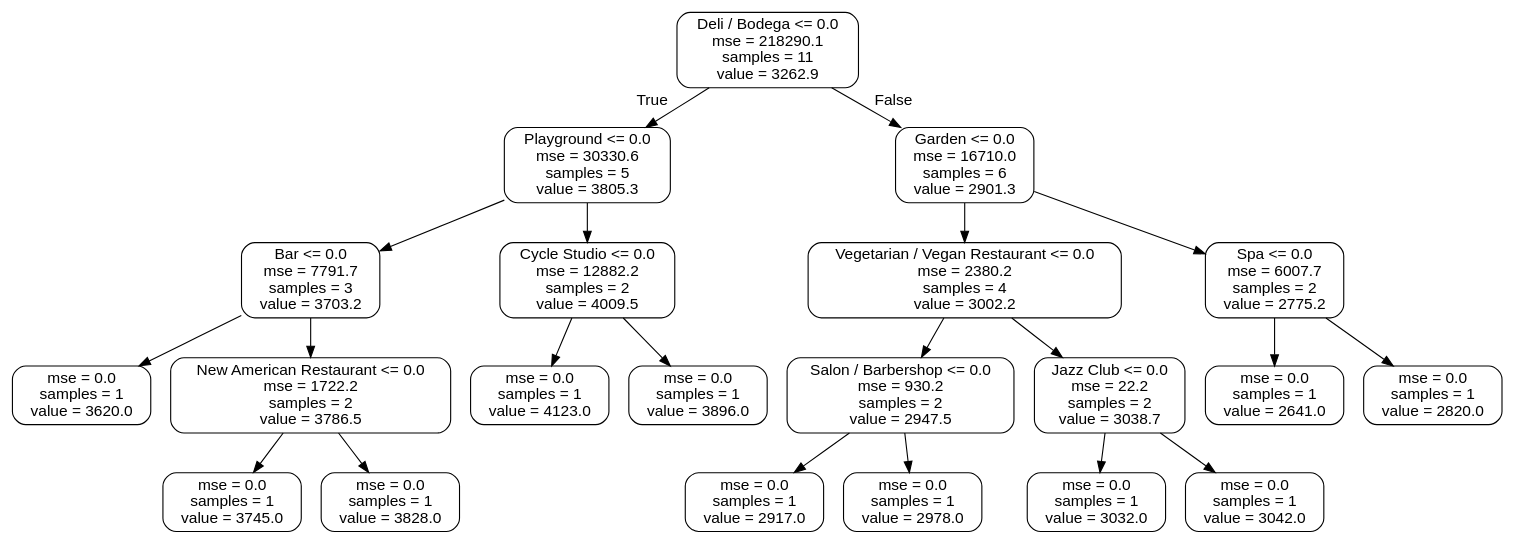
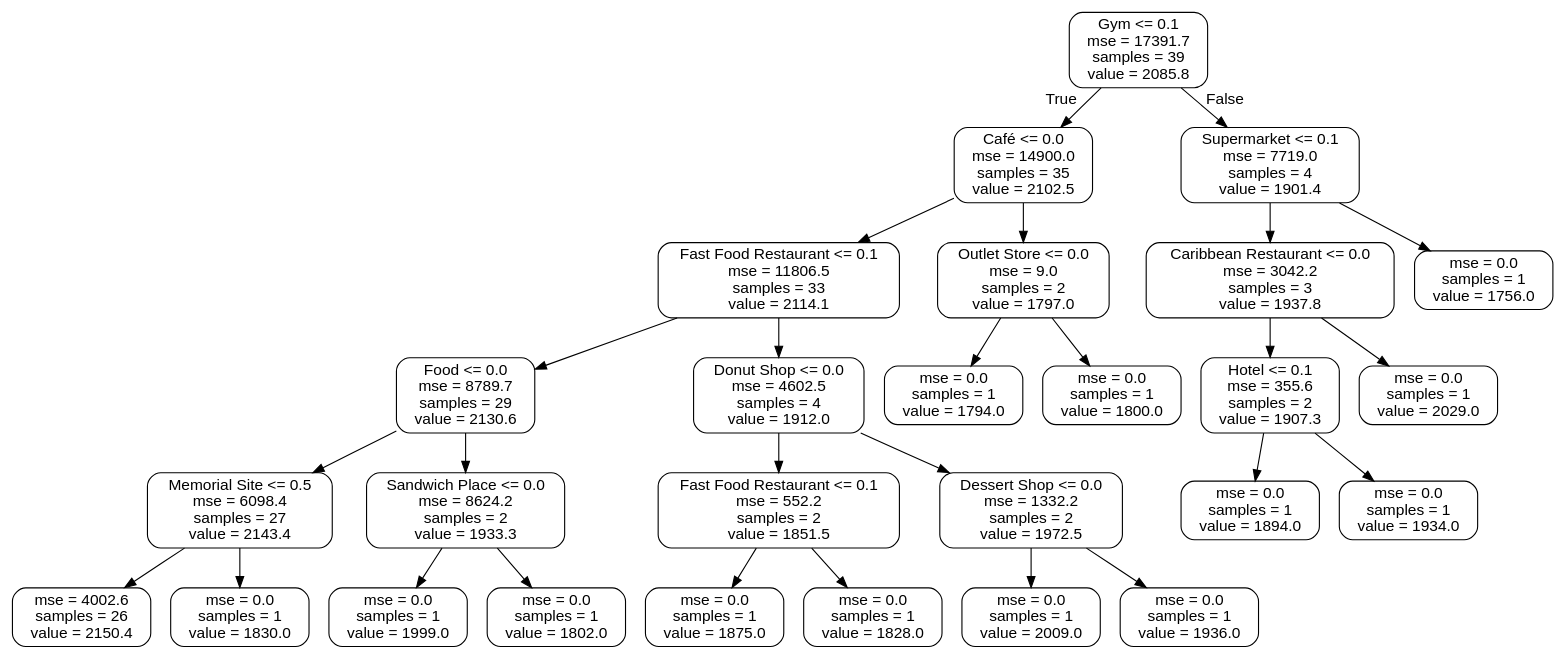
The diagram in high_rent_tree.dot (allaccountstaken/predicting_urban_home_values), drawn with Graphviz before and after one commit. The commit also changed 7 other files, not shown here.

```diff
--- a/high_rent_tree.dot
+++ b/high_rent_tree.dot
@@ -1,45 +1,57 @@
 digraph Tree {
 node [shape=box, style="rounded", color="black", fontname=helvetica] ;
 edge [fontname=helvetica] ;
-0 [label="Deli / Bodega <= 0.0\nmse = 218290.1\nsamples = 11\nvalue = 3262.9"] ;
-1 [label="Playground <= 0.0\nmse = 30330.6\nsamples = 5\nvalue = 3805.3"] ;
+0 [label="Gym <= 0.1\nmse = 17391.7\nsamples = 39\nvalue = 2085.8"] ;
+1 [label="Café <= 0.0\nmse = 14900.0\nsamples = 35\nvalue = 2102.5"] ;
 0 -> 1 [labeldistance=2.5, labelangle=45, headlabel="True"] ;
-2 [label="Bar <= 0.0\nmse = 7791.7\nsamples = 3\nvalue = 3703.2"] ;
+2 [label="Fast Food Restaurant <= 0.1\nmse = 11806.5\nsamples = 33\nvalue = 2114.1"] ;
 1 -> 2 ;
-3 [label="mse = 0.0\nsamples = 1\nvalue = 3620.0"] ;
+3 [label="Food <= 0.0\nmse = 8789.7\nsamples = 29\nvalue = 2130.6"] ;
 2 -> 3 ;
-4 [label="New American Restaurant <= 0.0\nmse = 1722.2\nsamples = 2\nvalue = 3786.5"] ;
-2 -> 4 ;
-5 [label="mse = 0.0\nsamples = 1\nvalue = 3745.0"] ;
+4 [label="Memorial Site <= 0.5\nmse = 6098.4\nsamples = 27\nvalue = 2143.4"] ;
+3 -> 4 ;
+5 [label="mse = 4002.6\nsamples = 26\nvalue = 2150.4"] ;
 4 -> 5 ;
-6 [label="mse = 0.0\nsamples = 1\nvalue = 3828.0"] ;
+6 [label="mse = 0.0\nsamples = 1\nvalue = 1830.0"] ;
 4 -> 6 ;
-7 [label="Cycle Studio <= 0.0\nmse = 12882.2\nsamples = 2\nvalue = 4009.5"] ;
-1 -> 7 ;
-8 [label="mse = 0.0\nsamples = 1\nvalue = 4123.0"] ;
+7 [label="Sandwich Place <= 0.0\nmse = 8624.2\nsamples = 2\nvalue = 1933.3"] ;
+3 -> 7 ;
+8 [label="mse = 0.0\nsamples = 1\nvalue = 1999.0"] ;
 7 -> 8 ;
-9 [label="mse = 0.0\nsamples = 1\nvalue = 3896.0"] ;
+9 [label="mse = 0.0\nsamples = 1\nvalue = 1802.0"] ;
 7 -> 9 ;
-10 [label="Garden <= 0.0\nmse = 16710.0\nsamples = 6\nvalue = 2901.3"] ;
-0 -> 10 [labeldistance=2.5, labelangle=-45, headlabel="False"] ;
-11 [label="Vegetarian / Vegan Restaurant <= 0.0\nmse = 2380.2\nsamples = 4\nvalue = 3002.2"] ;
+10 [label="Donut Shop <= 0.0\nmse = 4602.5\nsamples = 4\nvalue = 1912.0"] ;
+2 -> 10 ;
+11 [label="Fast Food Restaurant <= 0.1\nmse = 552.2\nsamples = 2\nvalue = 1851.5"] ;
 10 -> 11 ;
-12 [label="Salon / Barbershop <= 0.0\nmse = 930.2\nsamples = 2\nvalue = 2947.5"] ;
+12 [label="mse = 0.0\nsamples = 1\nvalue = 1875.0"] ;
 11 -> 12 ;
-13 [label="mse = 0.0\nsamples = 1\nvalue = 2917.0"] ;
-12 -> 13 ;
-14 [label="mse = 0.0\nsamples = 1\nvalue = 2978.0"] ;
-12 -> 14 ;
-15 [label="Jazz Club <= 0.0\nmse = 22.2\nsamples = 2\nvalue = 3038.7"] ;
-11 -> 15 ;
-16 [label="mse = 0.0\nsamples = 1\nvalue = 3032.0"] ;
-15 -> 16 ;
-17 [label="mse = 0.0\nsamples = 1\nvalue = 3042.0"] ;
-15 -> 17 ;
-18 [label="Spa <= 0.0\nmse = 6007.7\nsamples = 2\nvalue = 2775.2"] ;
-10 -> 18 ;
-19 [label="mse = 0.0\nsamples = 1\nvalue = 2641.0"] ;
-18 -> 19 ;
-20 [label="mse = 0.0\nsamples = 1\nvalue = 2820.0"] ;
-18 -> 20 ;
+13 [label="mse = 0.0\nsamples = 1\nvalue = 1828.0"] ;
+11 -> 13 ;
+14 [label="Dessert Shop <= 0.0\nmse = 1332.2\nsamples = 2\nvalue = 1972.5"] ;
+10 -> 14 ;
+15 [label="mse = 0.0\nsamples = 1\nvalue = 2009.0"] ;
+14 -> 15 ;
+16 [label="mse = 0.0\nsamples = 1\nvalue = 1936.0"] ;
+14 -> 16 ;
+17 [label="Outlet Store <= 0.0\nmse = 9.0\nsamples = 2\nvalue = 1797.0"] ;
+1 -> 17 ;
+18 [label="mse = 0.0\nsamples = 1\nvalue = 1794.0"] ;
+17 -> 18 ;
+19 [label="mse = 0.0\nsamples = 1\nvalue = 1800.0"] ;
+17 -> 19 ;
+20 [label="Supermarket <= 0.1\nmse = 7719.0\nsamples = 4\nvalue = 1901.4"] ;
+0 -> 20 [labeldistance=2.5, labelangle=-45, headlabel="False"] ;
+21 [label="Caribbean Restaurant <= 0.0\nmse = 3042.2\nsamples = 3\nvalue = 1937.8"] ;
+20 -> 21 ;
+22 [label="Hotel <= 0.1\nmse = 355.6\nsamples = 2\nvalue = 1907.3"] ;
+21 -> 22 ;
+23 [label="mse = 0.0\nsamples = 1\nvalue = 1894.0"] ;
+22 -> 23 ;
+24 [label="mse = 0.0\nsamples = 1\nvalue = 1934.0"] ;
+22 -> 24 ;
+25 [label="mse = 0.0\nsamples = 1\nvalue = 2029.0"] ;
+21 -> 25 ;
+26 [label="mse = 0.0\nsamples = 1\nvalue = 1756.0"] ;
+20 -> 26 ;
 }
```
